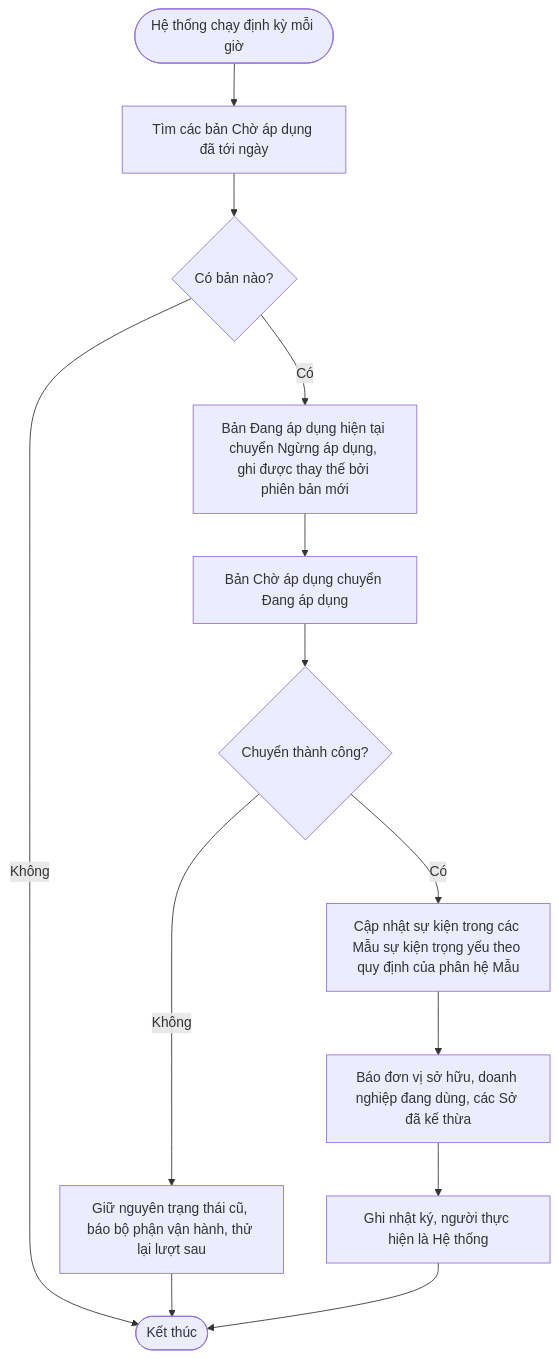
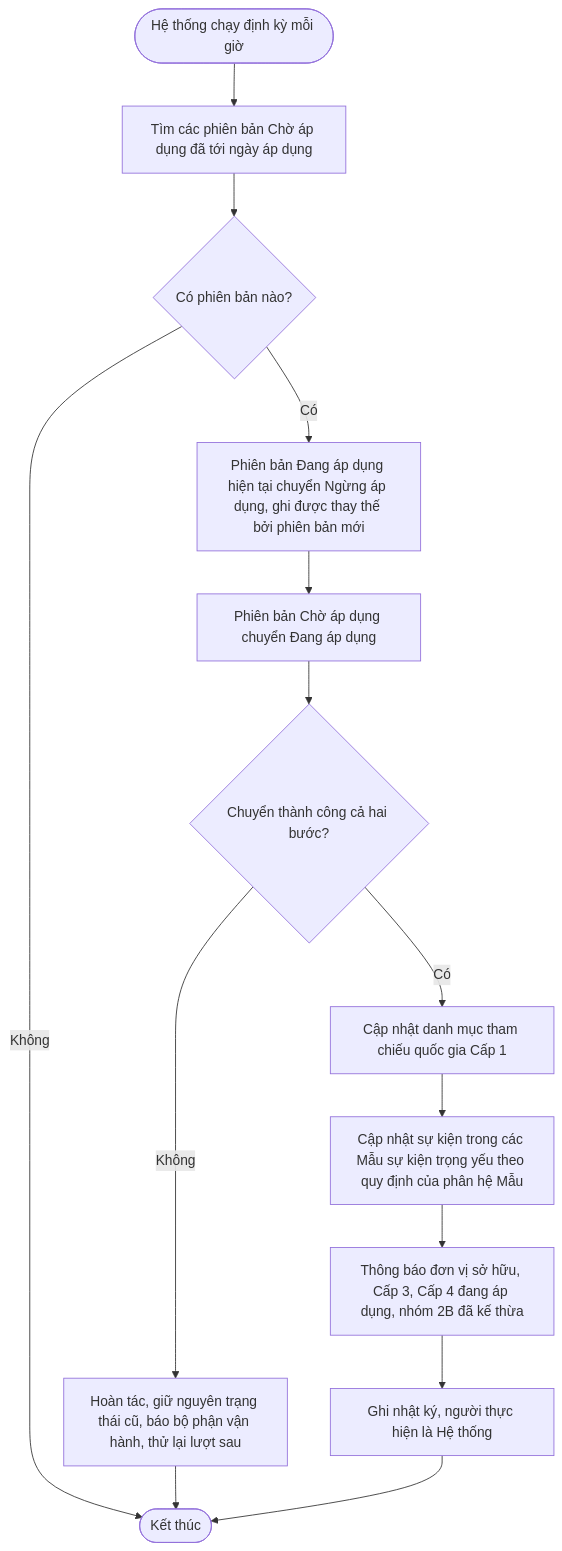
One commit to cuongnh-rd/ndatrace-attp changed diagram 13 of 17 in docs/prd/PRD-Xay-dung-Su-kien-trong-yeu.md. Above: the diagram before and after it, drawn with Mermaid. The commit also changed other lines of this file and 18 other files, not shown here.

First line of the commit message:
docs: PRD Xây dựng Sự kiện trọng yếu v6 - đối chiếu Quyển 2/3, bổ sung phê duyệt, quy tắc viết đầy đủ

````diff
--- a/docs/prd/PRD-Xay-dung-Su-kien-trong-yeu.md
+++ b/docs/prd/PRD-Xay-dung-Su-kien-trong-yeu.md
@@ -504,15 +946,16 @@
 ```mermaid
 flowchart TD
-    A([Hệ thống chạy định kỳ mỗi giờ]) --> B[Tìm các bản Chờ áp dụng đã tới ngày]
-    B --> C{Có bản nào?}
+    A([Hệ thống chạy định kỳ mỗi giờ]) --> B[Tìm các phiên bản Chờ áp dụng đã tới ngày áp dụng]
+    B --> C{Có phiên bản nào?}
     C -- Không --> Z([Kết thúc])
-    C -- Có --> D[Bản Đang áp dụng hiện tại chuyển Ngừng áp dụng, ghi được thay thế bởi phiên bản mới]
-    D --> E[Bản Chờ áp dụng chuyển Đang áp dụng]
-    E --> F{Chuyển thành công?}
-    F -- Không --> G[Giữ nguyên trạng thái cũ, báo bộ phận vận hành, thử lại lượt sau]
-    F -- Có --> H[Cập nhật sự kiện trong các Mẫu sự kiện trọng yếu theo quy định của phân hệ Mẫu]
-    H --> I[Báo đơn vị sở hữu, doanh nghiệp đang dùng, các Sở đã kế thừa]
-    I --> J[Ghi nhật ký, người thực hiện là Hệ thống]
+    C -- Có --> D[Phiên bản Đang áp dụng hiện tại chuyển Ngừng áp dụng, ghi được thay thế bởi phiên bản mới]
+    D --> E[Phiên bản Chờ áp dụng chuyển Đang áp dụng]
+    E --> F{Chuyển thành công cả hai bước?}
+    F -- Không --> G[Hoàn tác, giữ nguyên trạng thái cũ, báo bộ phận vận hành, thử lại lượt sau]
+    F -- Có --> H[Cập nhật danh mục tham chiếu quốc gia Cấp 1]
+    H --> I[Cập nhật sự kiện trong các Mẫu sự kiện trọng yếu theo quy định của phân hệ Mẫu]
+    I --> J[Thông báo đơn vị sở hữu, Cấp 3, Cấp 4 đang áp dụng, nhóm 2B đã kế thừa]
+    J --> K[Ghi nhật ký, người thực hiện là Hệ thống]
     G --> Z
-    J --> Z
+    K --> Z
 ```
````
